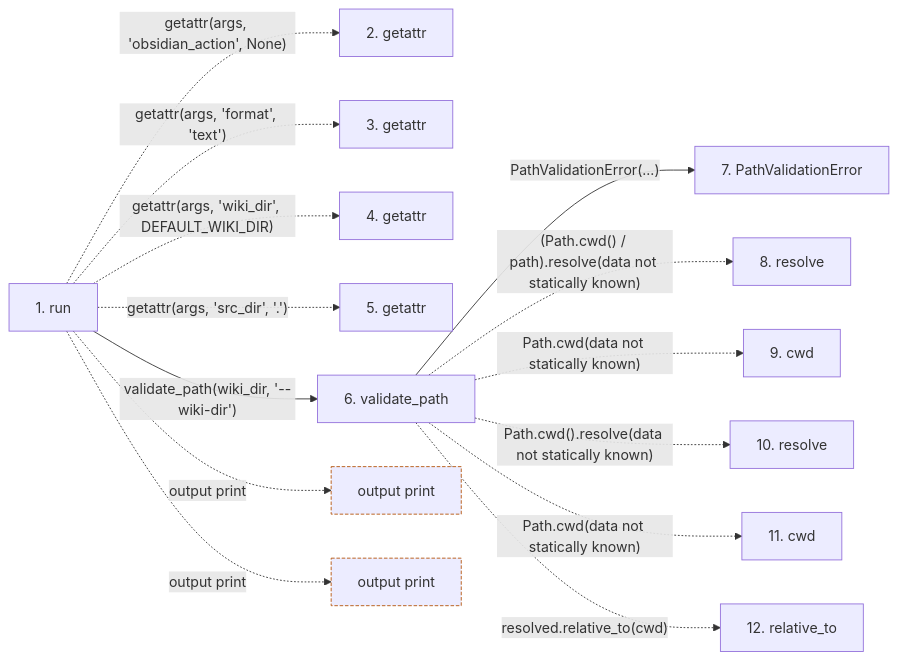
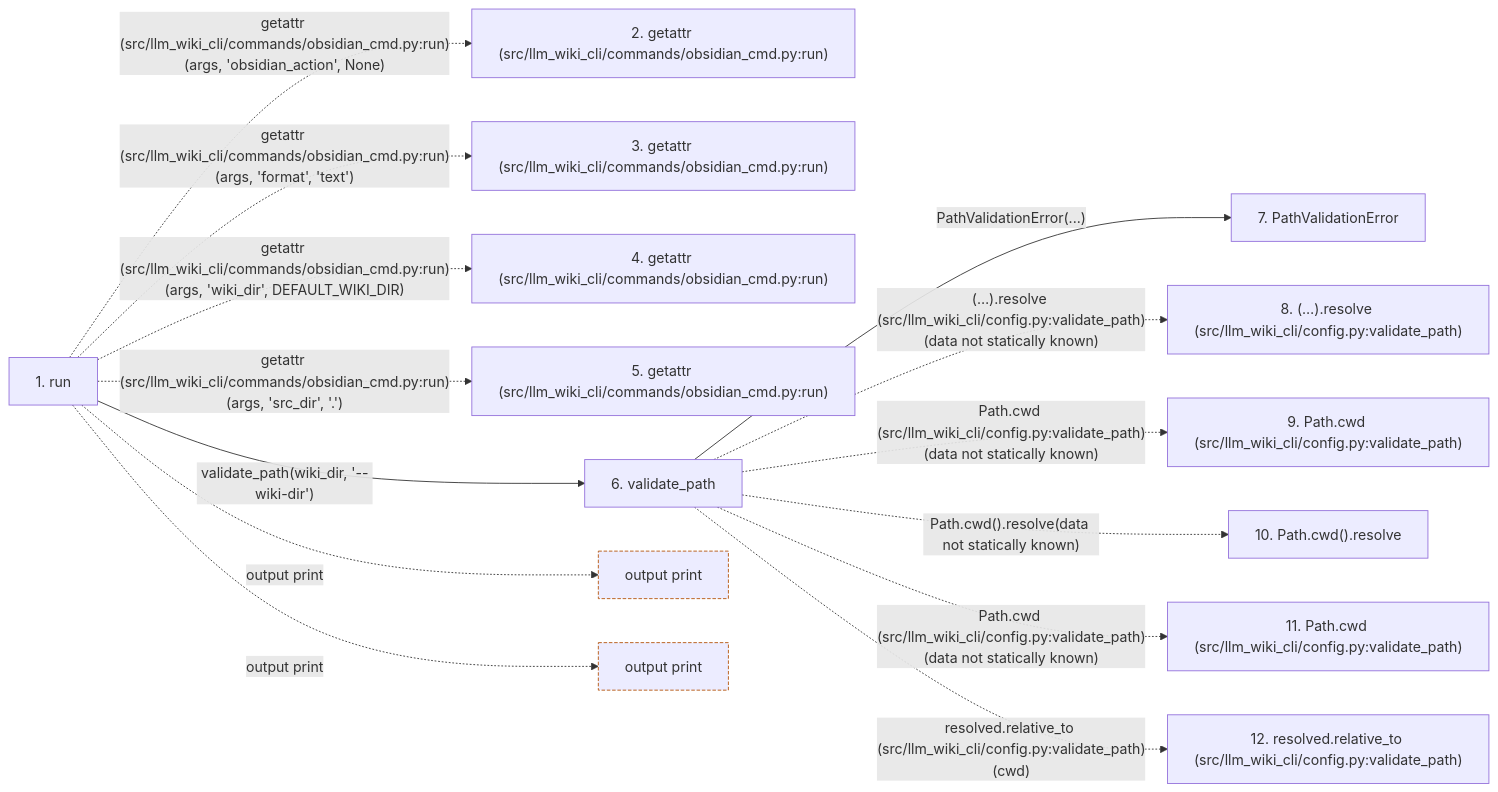
Before and after one commit to Denissvgn/python-wiki-llm: the second of 2 diagrams in docs/llm_wiki/flows/cli-obsidian.md, drawn with Mermaid. The commit also changed other lines of this file and 719 other files, not shown here.

````diff
--- a/docs/llm_wiki/flows/cli-obsidian.md
+++ b/docs/llm_wiki/flows/cli-obsidian.md
@@ -112,36 +116,36 @@
 ```mermaid
 flowchart LR
     s1["1. run"]
-    s2["2. getattr"]
-    s3["3. getattr"]
-    s4["4. getattr"]
-    s5["5. getattr"]
+    s2["2. getattr (src/llm_wiki_cli/commands/obsidian_cmd.py:run)"]
+    s3["3. getattr (src/llm_wiki_cli/commands/obsidian_cmd.py:run)"]
+    s4["4. getattr (src/llm_wiki_cli/commands/obsidian_cmd.py:run)"]
+    s5["5. getattr (src/llm_wiki_cli/commands/obsidian_cmd.py:run)"]
     s6["6. validate_path"]
     s7["7. PathValidationError"]
-    s8["8. resolve"]
-    s9["9. cwd"]
-    s10["10. resolve"]
-    s11["11. cwd"]
-    s12["12. relative_to"]
-    s1 -. "getattr(args, 'obsidian_action', None)" .-> s2
-    s1 -. "getattr(args, 'format', 'text')" .-> s3
-    s1 -. "getattr(args, 'wiki_dir', DEFAULT_WIKI_DIR)" .-> s4
-    s1 -. "getattr(args, 'src_dir', '.')" .-> s5
+    s8["8. (…).resolve (src/llm_wiki_cli/config.py:validate_path)"]
+    s9["9. Path.cwd (src/llm_wiki_cli/config.py:validate_path)"]
+    s10["10. Path.cwd().resolve"]
+    s11["11. Path.cwd (src/llm_wiki_cli/config.py:validate_path)"]
+    s12["12. resolved.relative_to (src/llm_wiki_cli/config.py:validate_path)"]
+    s1 -. "getattr (src/llm_wiki_cli/commands/obsidian_cmd.py:run)(args, 'obsidian_action', None)" .-> s2
+    s1 -. "getattr (src/llm_wiki_cli/commands/obsidian_cmd.py:run)(args, 'format', 'text')" .-> s3
+    s1 -. "getattr (src/llm_wiki_cli/commands/obsidian_cmd.py:run)(args, 'wiki_dir', DEFAULT_WIKI_DIR)" .-> s4
+    s1 -. "getattr (src/llm_wiki_cli/commands/obsidian_cmd.py:run)(args, 'src_dir', '.')" .-> s5
     s1 -->|"validate_path(wiki_dir, '--wiki-dir')"| s6
     s6 -->|"PathValidationError(...)"| s7
-    s6 -. "(Path.cwd() / path).resolve(data not statically known)" .-> s8
-    s6 -. "Path.cwd(data not statically known)" .-> s9
+    s6 -. "(…).resolve (src/llm_wiki_cli/config.py:validate_path)(data not statically known)" .-> s8
+    s6 -. "Path.cwd (src/llm_wiki_cli/config.py:validate_path)(data not statically known)" .-> s9
     s6 -. "Path.cwd().resolve(data not statically known)" .-> s10
-    s6 -. "Path.cwd(data not statically known)" .-> s11
-    s6 -. "resolved.relative_to(cwd)" .-> s12
+    s6 -. "Path.cwd (src/llm_wiki_cli/config.py:validate_path)(data not statically known)" .-> s11
+    s6 -. "resolved.relative_to (src/llm_wiki_cli/config.py:validate_path)(cwd)" .-> s12
     b0["output print"]
     s1 -. "output print" .-> b0
     b1["output print"]
     s1 -. "output print" .-> b1
     click s1 "../modules/obsidian_cmd.md"
     click s6 "../modules/config.md"
     click s7 "../modules/config.md"
     classDef boundary stroke:#b45309,stroke-dasharray: 4 2
     class b0 boundary
     class b1 boundary
 ```
````
